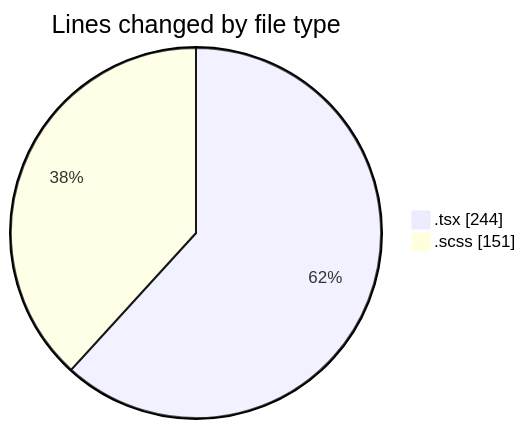
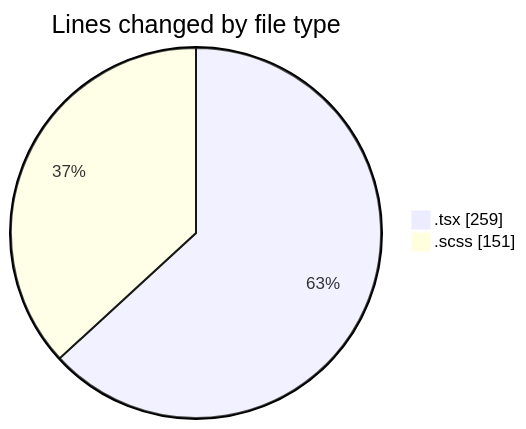
Before and after one commit to momahboobian/code-tracking: the first of 2 diagrams in 2026-04-16/cda/README.md, drawn with Mermaid. The commit also changed other lines of this file and 1 other file, not shown here.

````diff
--- a/2026-04-16/cda/README.md
+++ b/2026-04-16/cda/README.md
@@ -22,6 +22,6 @@
 ```mermaid
 pie showData
 title Lines changed by file type
-".tsx" : 244
+".tsx" : 259
 ".scss" : 151
 ```
````
